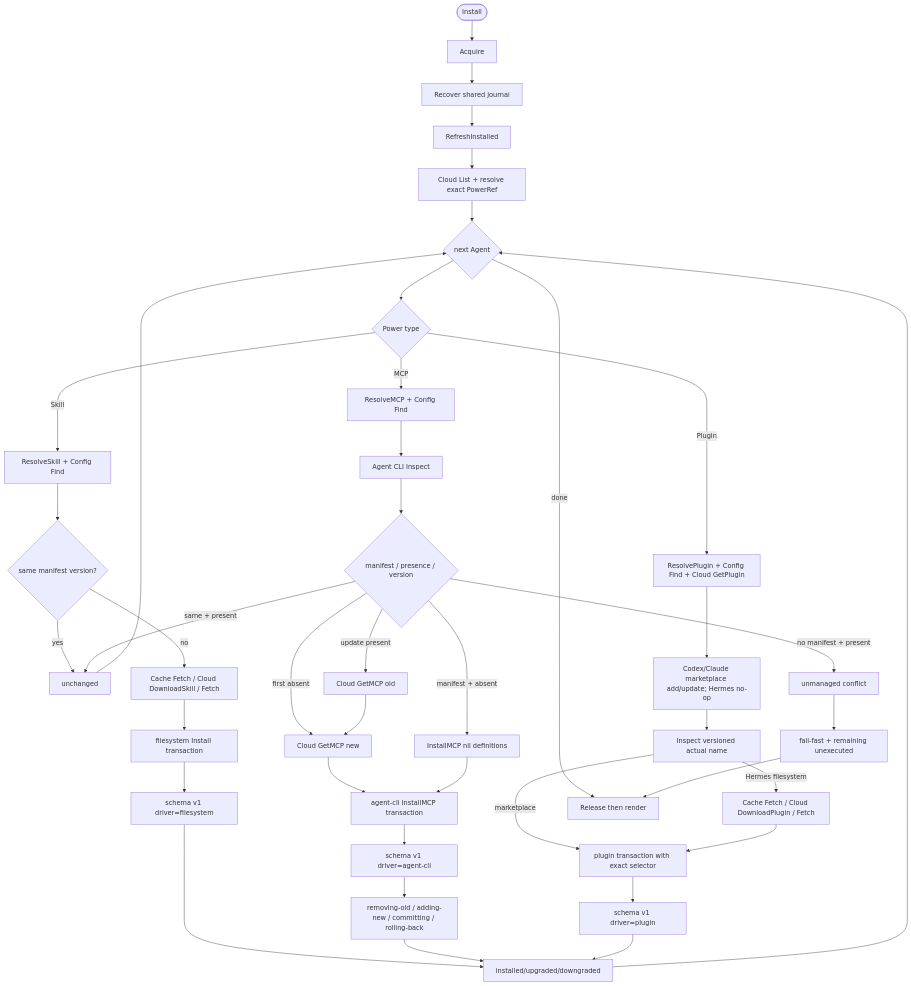
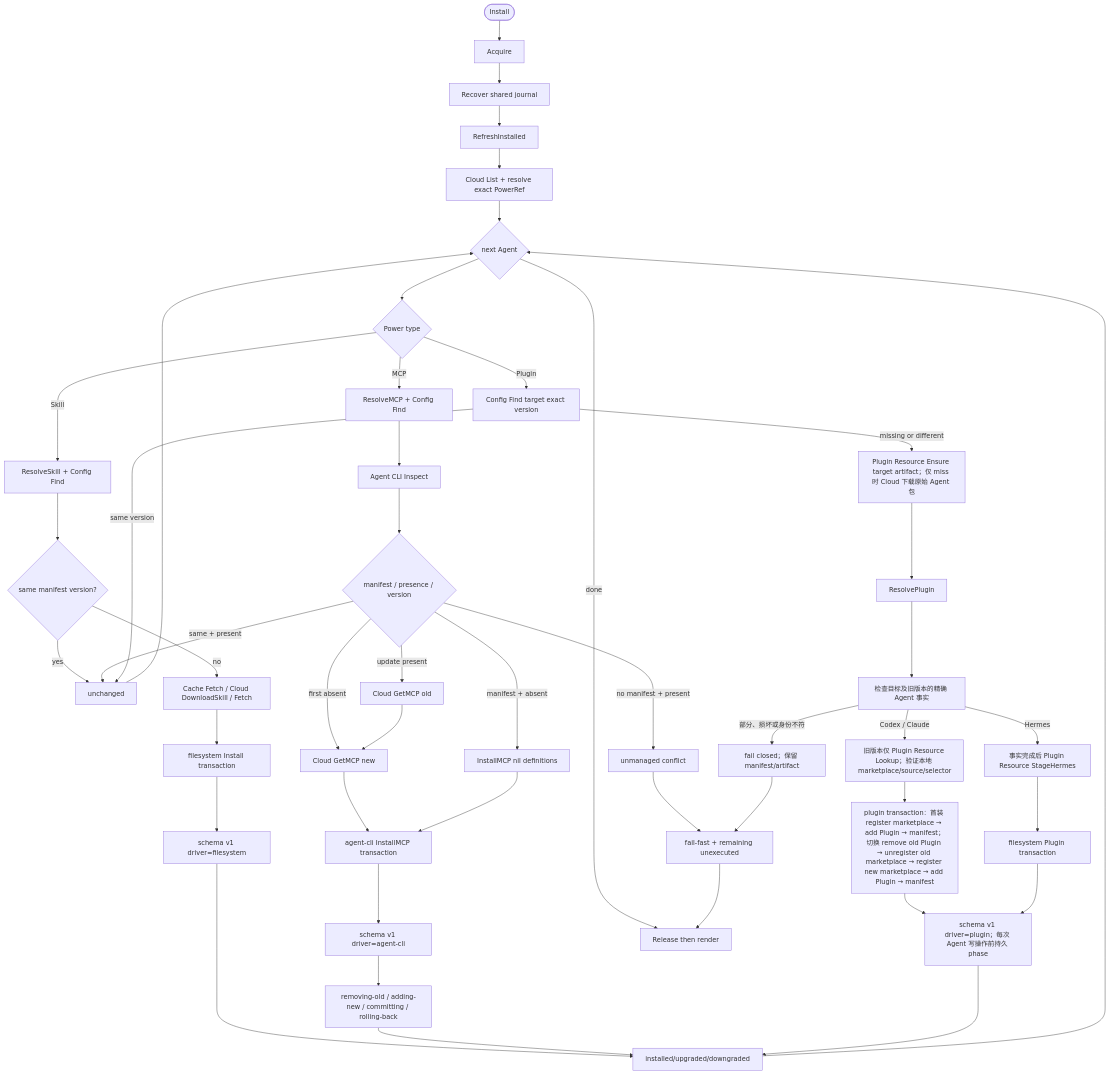
The diagram in ivory-tower/c4/components/apm-cli-lifecycle-diagrams/install.mmd (spacemit-com/agent-power-manager), drawn with Mermaid before and after one commit. The commit also changed 12 other files, not shown here.

Commit message:
docs(plugin): document local marketplace artifacts

```diff
--- a/ivory-tower/c4/components/apm-cli-lifecycle-diagrams/install.mmd
+++ b/ivory-tower/c4/components/apm-cli-lifecycle-diagrams/install.mmd
@@ -1,42 +1,48 @@
 flowchart TD
     Start([Install]) --> Lock[Acquire]
     Lock --> Recover[Recover shared journal]
     Recover --> Refresh[RefreshInstalled]
     Refresh --> List[Cloud List + resolve exact PowerRef]
     List --> Agent{next Agent}
     Agent --> Type{Power type}
     Type -->|Skill| SkillResolve[ResolveSkill + Config Find]
     SkillResolve --> SkillSame{same manifest version?}
     SkillSame -->|yes| Unchanged[unchanged]
     SkillSame -->|no| Cache[Cache Fetch / Cloud DownloadSkill / Fetch]
     Cache --> FSTx[filesystem Install transaction]
     FSTx --> FSJournal[schema v1 driver=filesystem]
 
     Type -->|MCP| MCPResolve[ResolveMCP + Config Find]
     MCPResolve --> MCPInspect[Agent CLI Inspect]
     MCPInspect --> MCPState{manifest / presence / version}
     MCPState -->|same + present| Unchanged
     MCPState -->|no manifest + present| Fail[unmanaged conflict]
     MCPState -->|manifest + absent| MCPStale[InstallMCP nil definitions]
     MCPState -->|first absent| NewDef[Cloud GetMCP new]
     MCPState -->|update present| OldDef[Cloud GetMCP old] --> NewDef
     NewDef --> MCPTx[agent-cli InstallMCP transaction]
     MCPStale --> MCPTx
     MCPTx --> MCPJournal[schema v1 driver=agent-cli]
     MCPJournal --> Phases[removing-old / adding-new / committing / rolling-back]
 
-    Type -->|Plugin| PluginResolve[ResolvePlugin + Config Find + Cloud GetPlugin]
-    PluginResolve --> Prepare[Codex/Claude marketplace add/update; Hermes no-op]
-    Prepare --> PluginInspect[Inspect versioned actual name]
-    PluginInspect -->|marketplace| PluginTx[plugin transaction with exact selector]
-    PluginInspect -->|Hermes filesystem| PluginCache[Cache Fetch / Cloud DownloadPlugin / Fetch] --> PluginTx
-    PluginTx --> PluginJournal[schema v1 driver=plugin]
+    Type -->|Plugin| PluginManifest[Config Find target exact version]
+    PluginManifest -->|same version| Unchanged
+    PluginManifest -->|missing or different| PluginEnsure[Plugin Resource Ensure target artifact；仅 miss 时 Cloud 下载原始 Agent 包]
+    PluginEnsure --> PluginResolve[ResolvePlugin]
+    PluginResolve --> PluginFacts[检查目标及旧版本的精确 Agent 事实]
+    PluginFacts -->|Codex / Claude| PreviousLookup[旧版本仅 Plugin Resource Lookup；验证本地 marketplace/source/selector]
+    PreviousLookup --> MarketplaceTx[plugin transaction：首装 register marketplace → add Plugin → manifest；切换 remove old Plugin → unregister old marketplace → register new marketplace → add Plugin → manifest]
+    PluginFacts -->|Hermes| HermesStage[事实完成后 Plugin Resource StageHermes] --> FilesystemPluginTx[filesystem Plugin transaction]
+    MarketplaceTx --> PluginJournal[schema v1 driver=plugin；每次 Agent 写操作前持久 phase]
+    FilesystemPluginTx --> PluginJournal
+    PluginFacts -->|部分、损坏或身份不符| PluginFail[fail closed；保留 manifest/artifact]
 
     FSJournal --> Outcome[installed/upgraded/downgraded]
     Phases --> Outcome
     PluginJournal --> Outcome
     Unchanged --> Agent
     Outcome --> Agent
     Fail --> Batch[fail-fast + remaining unexecuted]
+    PluginFail --> Batch
     Agent -->|done| Release[Release then render]
     Batch --> Release
```
